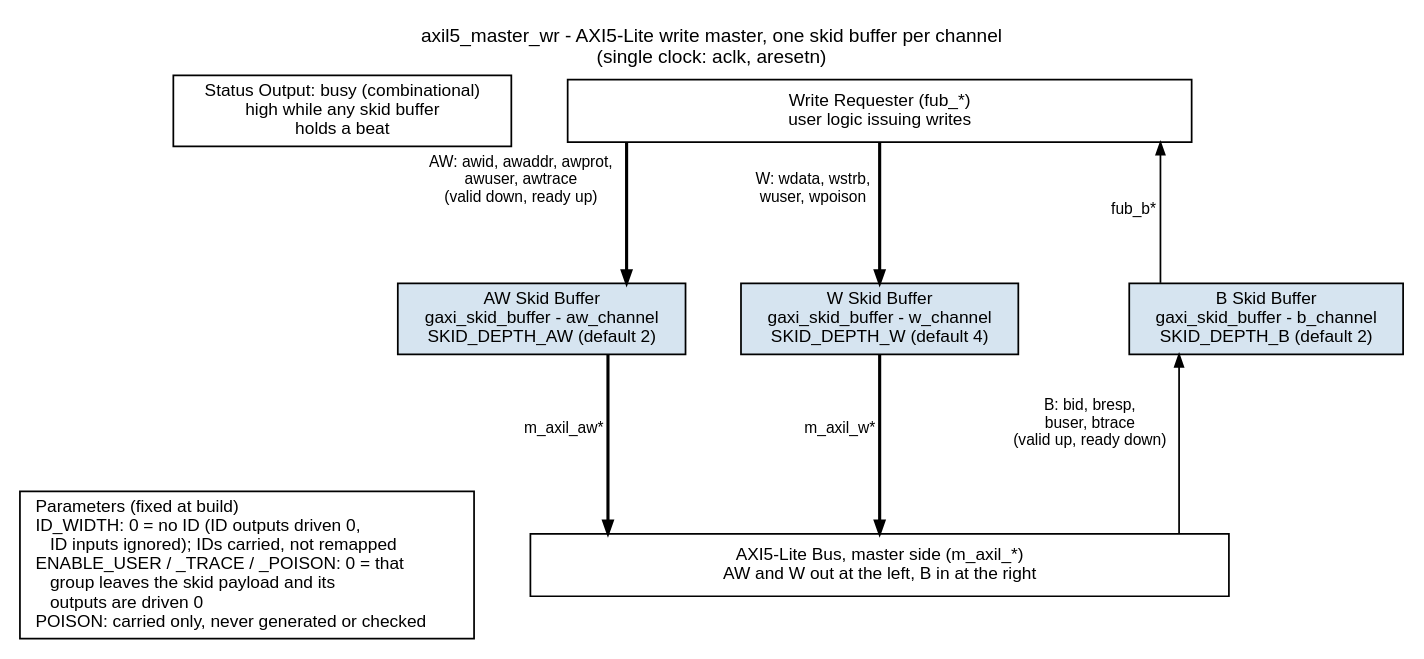
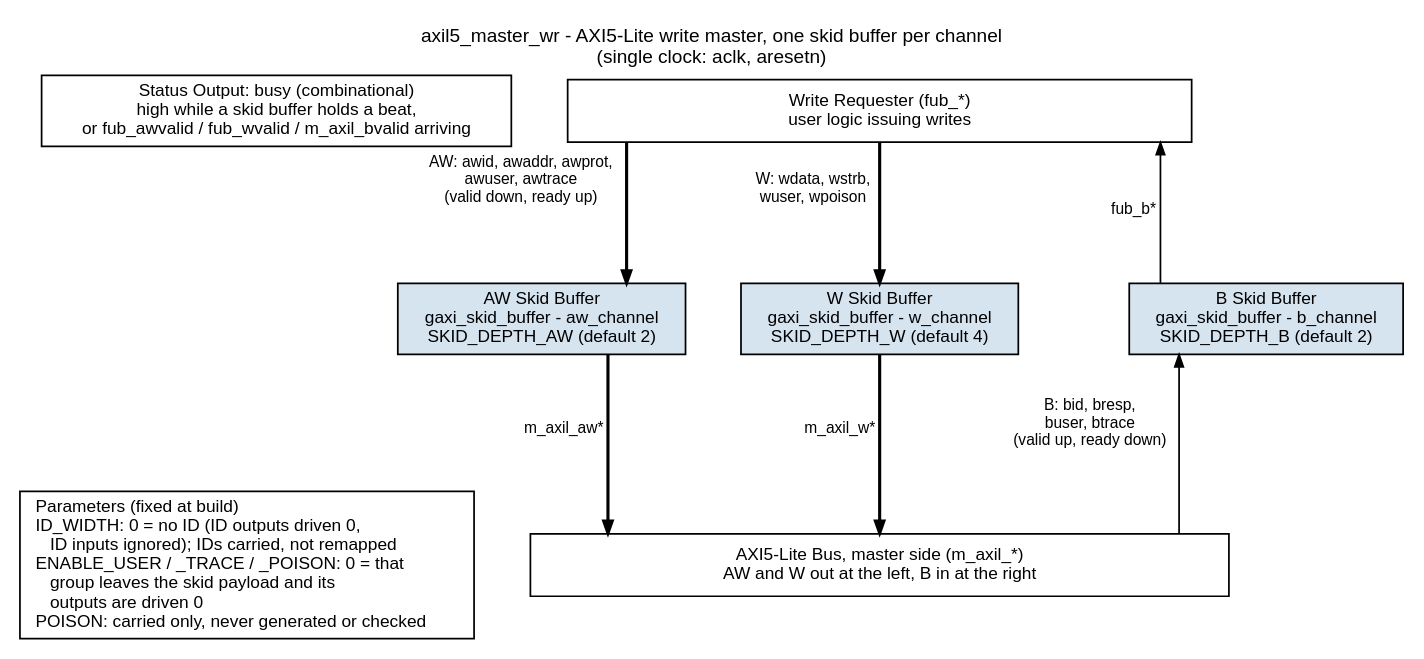
One commit to sean-galloway/RTLDesignSherpa changed the diagram in docs/markdown/assets/rtl-amba/graphviz/axil5_master_wr.dot. Above: the diagram before and after it, drawn with Graphviz. The commit also changed 291 other files, not shown here.

```diff
--- a/docs/markdown/assets/rtl-amba/graphviz/axil5_master_wr.dot
+++ b/docs/markdown/assets/rtl-amba/graphviz/axil5_master_wr.dot
@@ -1,38 +1,38 @@
 // axil5_master_wr block diagram - house style (vault/handbook/authoring/block-diagrams.md).
 // Generated from the axil4 family template so axil4 and axil5 bases look alike.
 // The requester side is the top port, the completer side the bottom bar.
 // Requests run top-down through their skid buffers; the response climbs its own
 // lane on the right. Each hop is one edge: valid + payload one way, ready the other.
 // AXI5-Lite adds carried fields only (ID, USER, TRACE, POISON) -- see the legend.
 // Source of truth: rtl/amba/axil5/axil5_master_wr.sv.
 digraph axil5_master_wr {
     graph [rankdir=TB, bgcolor="white", fontname="Helvetica", fontsize=11,
            nodesep="0.45", ranksep="1.1", splines=ortho, newrank=true,
            label="axil5_master_wr - AXI5-Lite write master, one skid buffer per channel\n(single clock: aclk, aresetn)",
            labelloc=t, labeljust=c];
     node  [fontname="Helvetica", fontsize=10, shape=box, style=filled,
            fillcolor="#D6E4F0", color="black", margin="0.12,0.06"];
     edge  [fontname="Helvetica", fontsize=9, color="black", arrowsize=0.7];
 
     prm  [label="Parameters (fixed at build)\lID_WIDTH: 0 = no ID (ID outputs driven 0,\l    ID inputs ignored); IDs carried, not remapped\lENABLE_USER / _TRACE / _POISON: 0 = that\l    group leaves the skid payload and its\l    outputs are driven 0\lPOISON: carried only, never generated or checked\l", fillcolor="white"];
     top  [label="Write Requester (fub_*)\nuser logic issuing writes", fillcolor="white", width=5.0];
     aw   [label="AW Skid Buffer\ngaxi_skid_buffer - aw_channel\nSKID_DEPTH_AW (default 2)"];
     w    [label="W Skid Buffer\ngaxi_skid_buffer - w_channel\nSKID_DEPTH_W (default 4)"];
     b    [label="B Skid Buffer\ngaxi_skid_buffer - b_channel\nSKID_DEPTH_B (default 2)"];
-    busyo [label="Status Output: busy (combinational)\nhigh while any skid buffer\nholds a beat", fillcolor="white"];
+    busyo [label="Status Output: busy (combinational)\nhigh while a skid buffer holds a beat,\nor fub_awvalid / fub_wvalid / m_axil_bvalid arriving", fillcolor="white"];
     bot  [label="AXI5-Lite Bus, master side (m_axil_*)\nAW and W out at the left, B in at the right", fillcolor="white", width=5.6];
 
     top -> aw  [xlabel="AW: awid, awaddr, awprot,\nawuser, awtrace\n(valid down, ready up)", penwidth=1.8];
     aw  -> bot [xlabel="m_axil_aw*", penwidth=1.8];
     top -> w   [xlabel="W: wdata, wstrb,\nwuser, wpoison", penwidth=1.8];
     w   -> bot [xlabel="m_axil_w*", penwidth=1.8];
     b   -> bot [dir=back, xlabel="B: bid, bresp,\nbuser, btrace\n(valid up, ready down)"];
     top -> b   [dir=back, xlabel="fub_b*"];
 
     { rank=same; aw; w; b; }
     aw -> w [style=invis]; w -> b [style=invis, minlen=2];
     { rank=same; busyo; top; }
     busyo -> top [style=invis];
     { rank=same; prm; bot; }
     prm -> bot [style=invis];
 }
```
